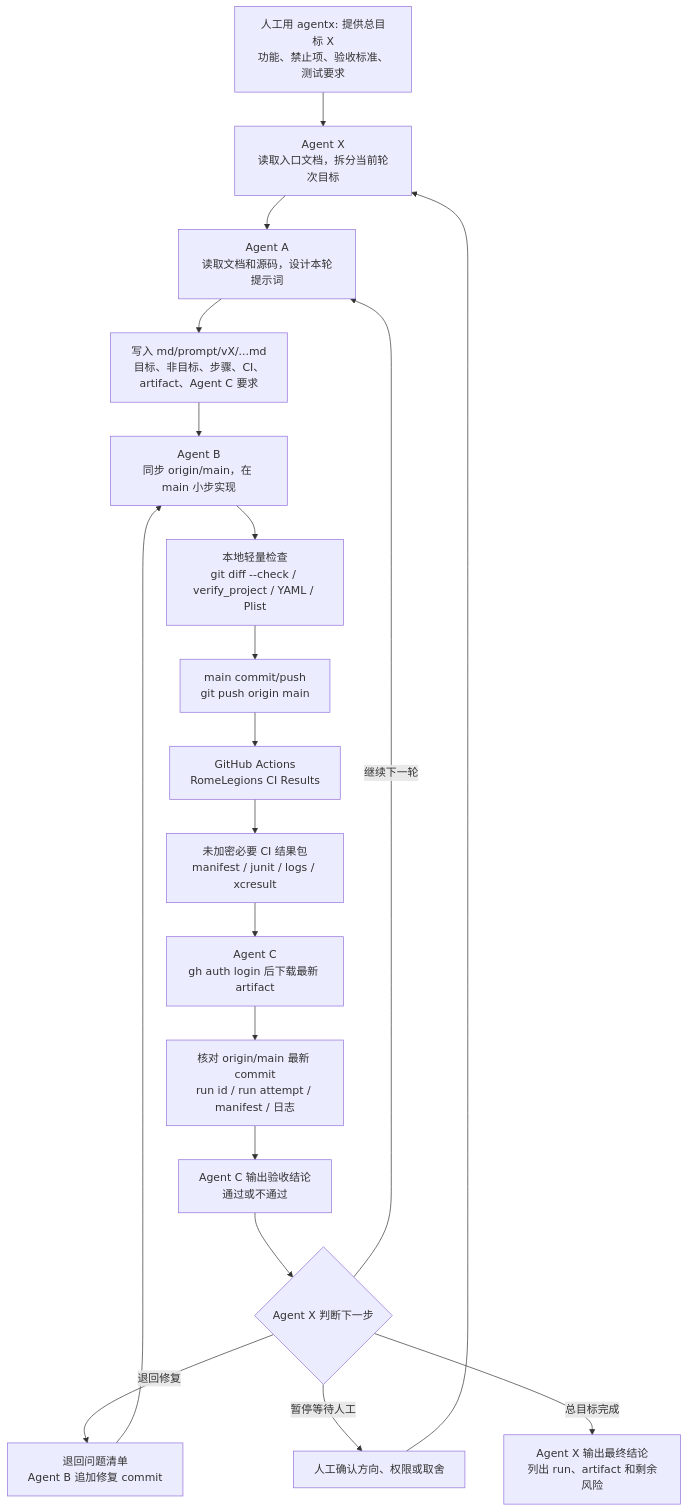
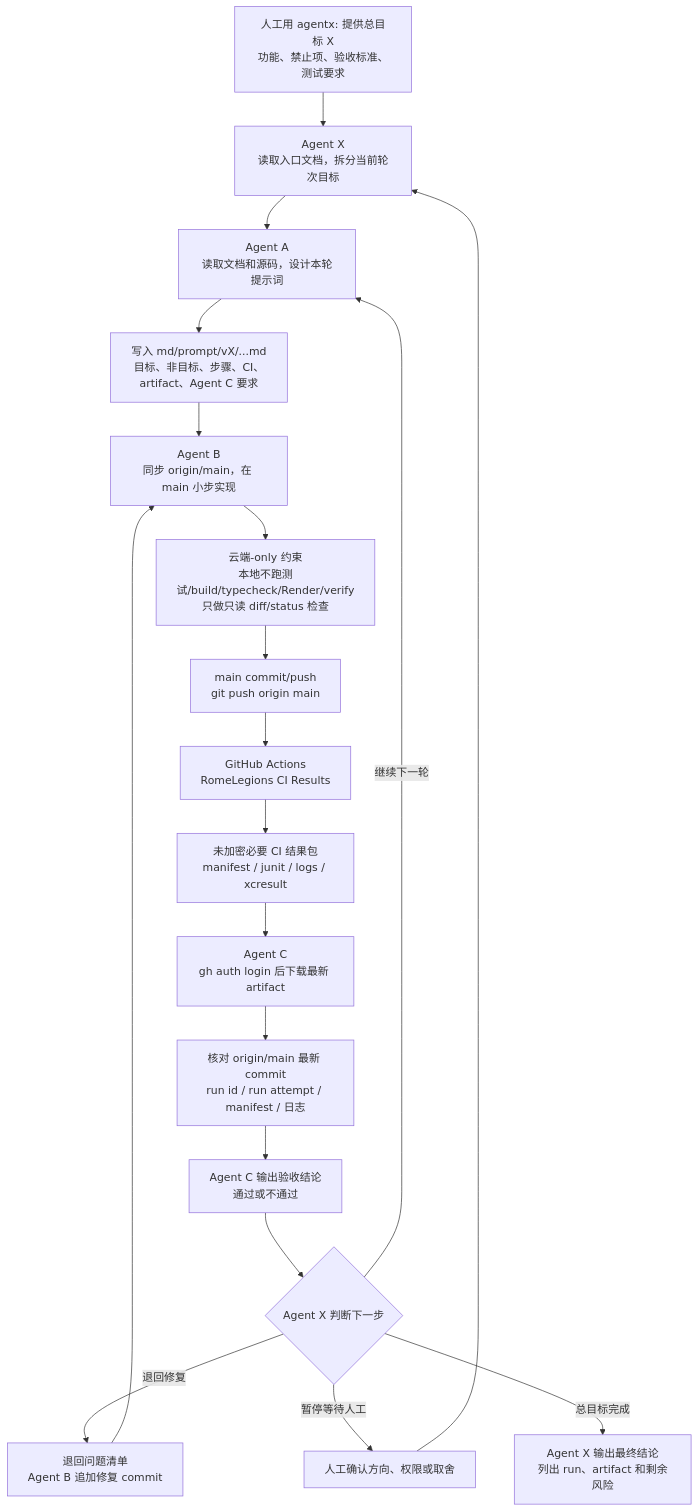
Before and after one commit to Altman-sam114/119: the sixth of 7 diagrams in md/flow/flowchart.md, drawn with Mermaid. The commit also changed other lines of this file and 14 other files, not shown here.

````diff
--- a/md/flow/flowchart.md
+++ b/md/flow/flowchart.md
@@ -123,21 +127,21 @@
 ```mermaid
 flowchart TD
     A["人工用 agentx: 提供总目标 X<br/>功能、禁止项、验收标准、测试要求"] --> B["Agent X<br/>读取入口文档，拆分当前轮次目标"]
     B --> C["Agent A<br/>读取文档和源码，设计本轮提示词"]
     C --> D["写入 md/prompt/vX/...md<br/>目标、非目标、步骤、CI、artifact、Agent C 要求"]
     D --> E["Agent B<br/>同步 origin/main，在 main 小步实现"]
-    E --> F["本地轻量检查<br/>git diff --check / verify_project / YAML / Plist"]
+    E --> F["云端-only 约束<br/>本地不跑测试/build/typecheck/Render/verify<br/>只做只读 diff/status 检查"]
     F --> G["main commit/push<br/>git push origin main"]
     G --> H["GitHub Actions<br/>RomeLegions CI Results"]
     H --> I["未加密必要 CI 结果包<br/>manifest / junit / logs / xcresult"]
     I --> J["Agent C<br/>gh auth login 后下载最新 artifact"]
     J --> K["核对 origin/main 最新 commit<br/>run id / run attempt / manifest / 日志"]
     K --> L["Agent C 输出验收结论<br/>通过或不通过"]
     L --> M{"Agent X 判断下一步"}
     M -->|退回修复| N["退回问题清单<br/>Agent B 追加修复 commit"]
     N --> E
     M -->|继续下一轮| C
     M -->|暂停等待人工| O["人工确认方向、权限或取舍"]
     O --> B
     M -->|总目标完成| P["Agent X 输出最终结论<br/>列出 run、artifact 和剩余风险"]
 ```
````
